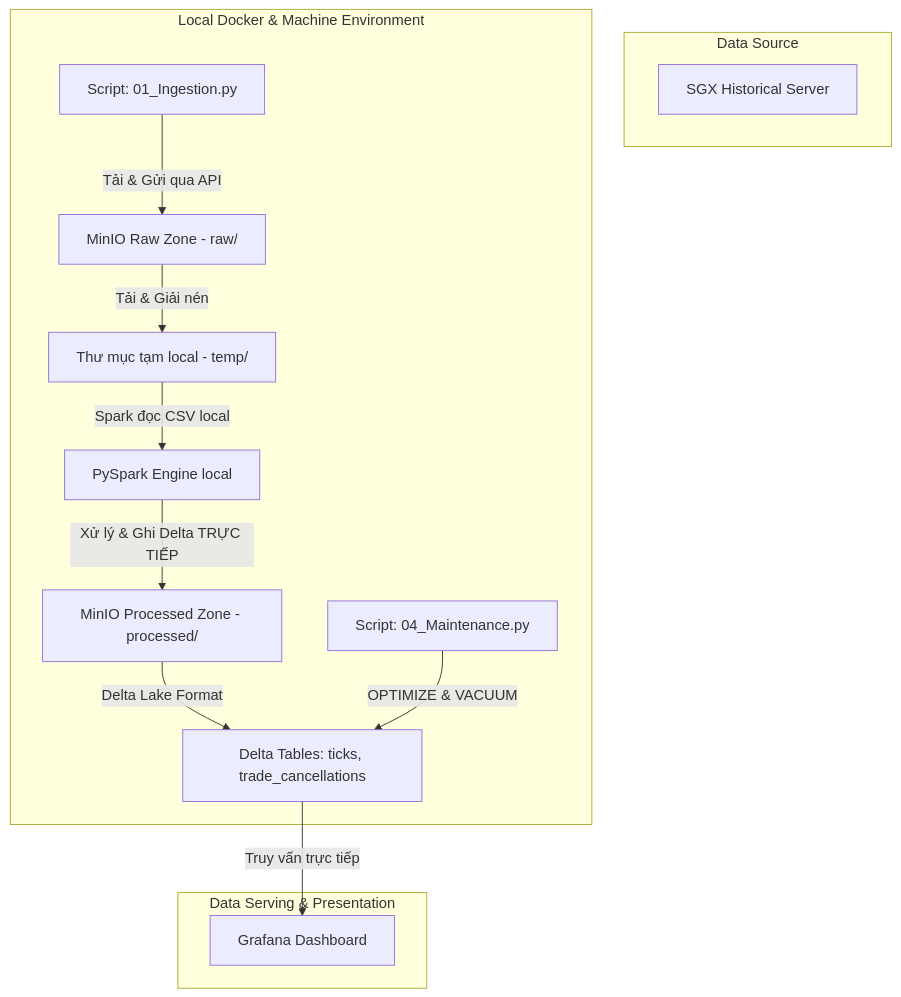
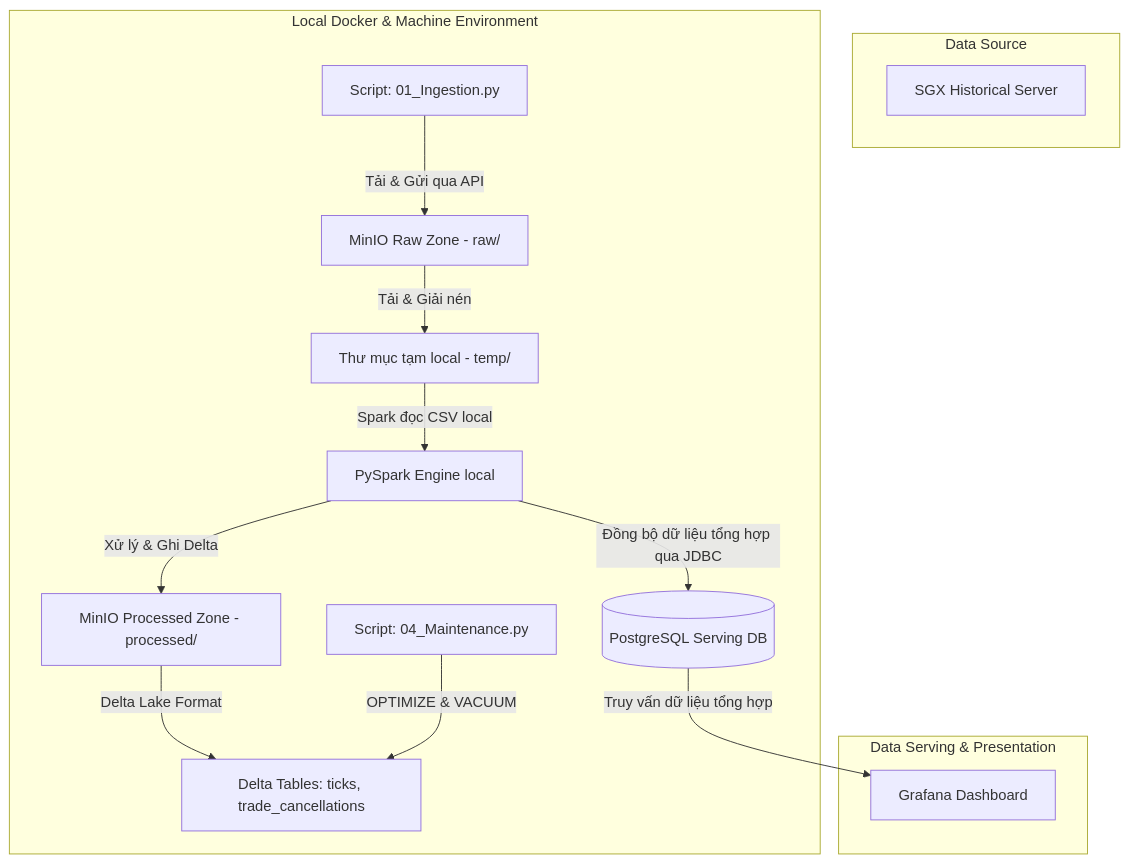
Before and after one commit to nguyenmanhtuan2004/SGX_Derivatives_Daily_Downloader: the first of 2 diagrams in README.md, drawn with Mermaid. The commit also changed other lines of this file and 3 other files, not shown here.

````diff
--- a/README.md
+++ b/README.md
@@ -25,24 +28,26 @@
 ```mermaid
 graph TD
     subgraph "Data Source"
         SGX[SGX Historical Server]
     end
 
     subgraph "Local Docker & Machine Environment"
         01_Ing[Script: 01_Ingestion.py] -->|Tải & Gửi qua API| MinIORaw[MinIO Raw Zone - raw/]
         
         MinIORaw -->|Tải & Giải nén| TempFolder[Thư mục tạm local - temp/]
         
         TempFolder -->|Spark đọc CSV local| Spark[PySpark Engine local]
         
-        Spark -->|Xử lý & Ghi Delta TRỰC TIẾP| MinIOProc[MinIO Processed Zone - processed/]
+        Spark -->|Xử lý & Ghi Delta| MinIOProc[MinIO Processed Zone - processed/]
         
         MinIOProc -->|Delta Lake Format| Delta[Delta Tables: ticks, trade_cancellations]
+        
+        Spark -->|Đồng bộ dữ liệu tổng hợp qua JDBC| Postgres[(PostgreSQL Serving DB)]
         
         Maint[Script: 04_Maintenance.py] -->|OPTIMIZE & VACUUM| Delta
     end
 
     subgraph "Data Serving & Presentation"
-        Delta -->|Truy vấn trực tiếp| Grafana[Grafana Dashboard]
+        Postgres -->|Truy vấn dữ liệu tổng hợp| Grafana[Grafana Dashboard]
     end
 ```
````
